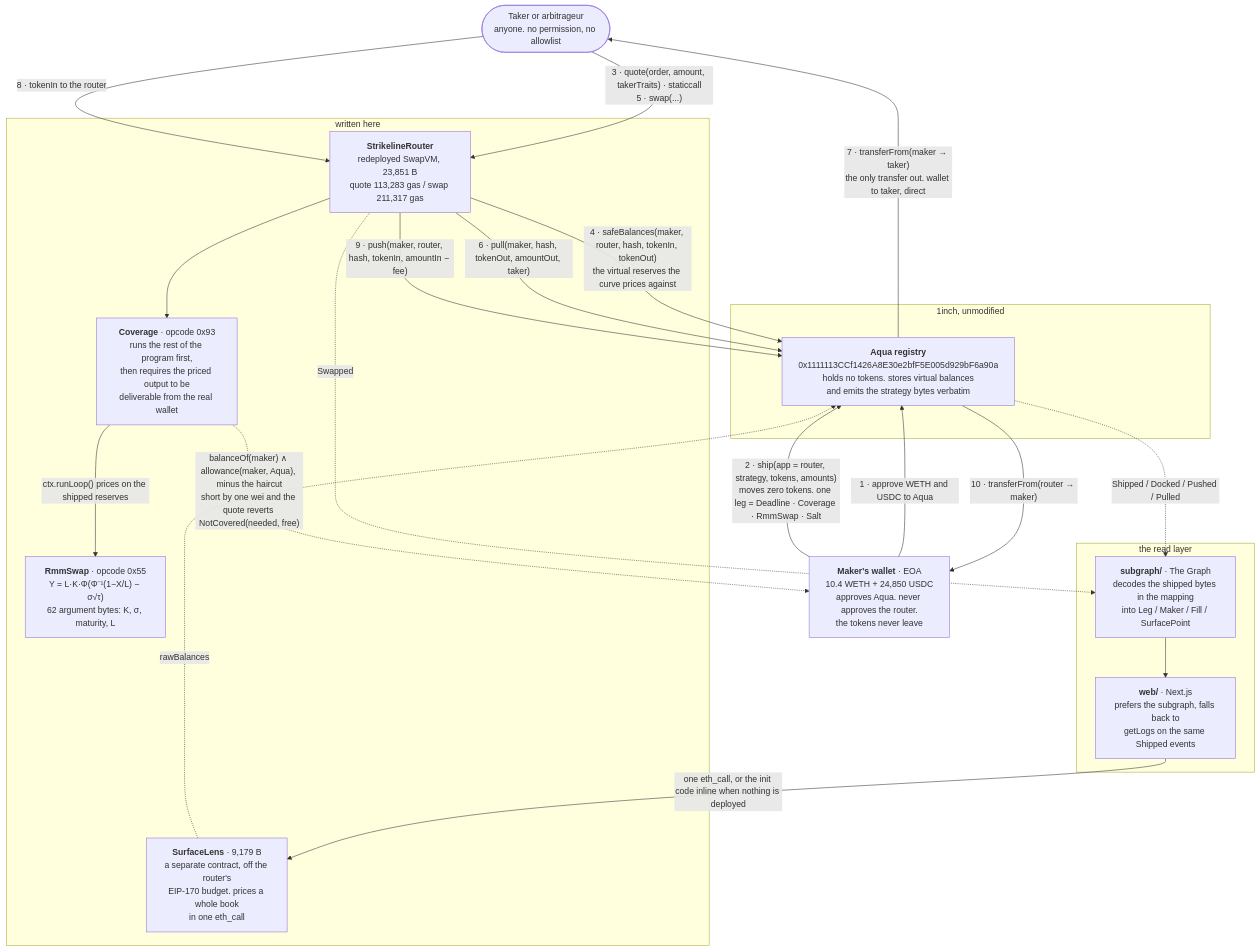
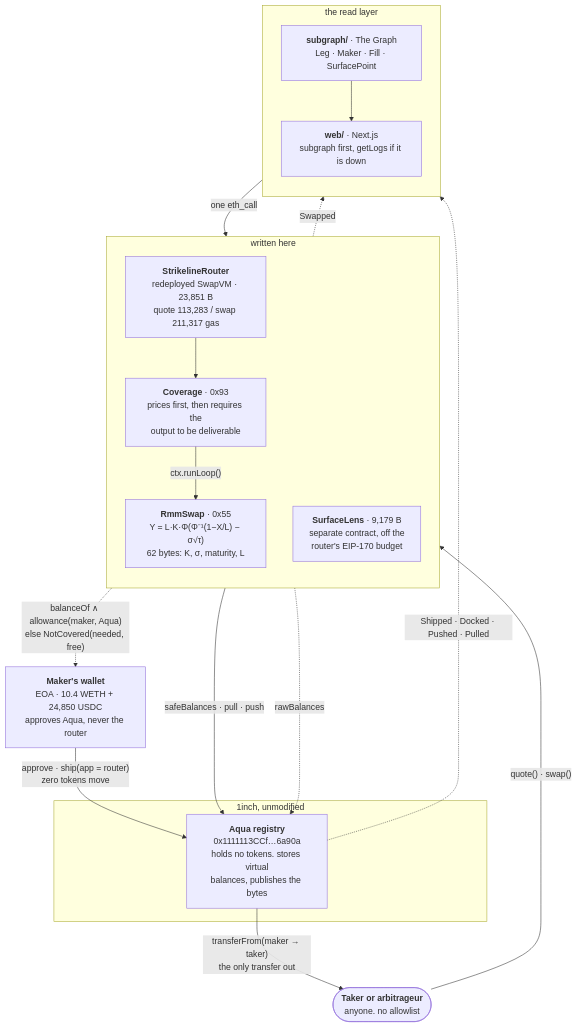
Before and after one commit to Kirillr-Sibirski/aqua-app: the diagram in docs/diagrams/architecture.mmd, drawn with Mermaid. The commit also changed 22 other files, not shown here.

```diff
--- a/docs/diagrams/architecture.mmd
+++ b/docs/diagrams/architecture.mmd
@@ -1,43 +1,37 @@
 %% Strikeline architecture. Source of truth: the fenced block in docs/ARCHITECTURE.md.
-%% Regenerate this file and architecture.svg with the two commands at the bottom of that document.
+%% Regenerate this file and architecture.svg with the two commands at the end of that document.
 flowchart TB
-  taker(["Taker or arbitrageur<br/>anyone. no permission, no allowlist"])
+  wallet["<b>Maker's wallet</b><br/>EOA · 10.4 WETH + 24,850 USDC<br/>approves Aqua, never the router"]
+  taker(["<b>Taker or arbitrageur</b><br/>anyone. no allowlist"])
 
   subgraph ours["written here"]
-    router["<b>StrikelineRouter</b><br/>redeployed SwapVM, 23,851 B<br/>quote 113,283 gas / swap 211,317 gas"]
-    cov["<b>Coverage</b> · opcode 0x93<br/>runs the rest of the program first,<br/>then requires the priced output to be<br/>deliverable from the real wallet"]
-    rmm["<b>RmmSwap</b> · opcode 0x55<br/>Y = L·K·Φ(Φ⁻¹(1−X/L) − σ√τ)<br/>62 argument bytes: K, σ, maturity, L"]
-    lens["<b>SurfaceLens</b> · 9,179 B<br/>a separate contract, off the router's<br/>EIP-170 budget. prices a whole book<br/>in one eth_call"]
+    direction TB
+    router["<b>StrikelineRouter</b><br/>redeployed SwapVM · 23,851 B<br/>quote 113,283 / swap 211,317 gas"]
+    cov["<b>Coverage</b> · 0x93<br/>prices first, then requires the<br/>output to be deliverable"]
+    rmm["<b>RmmSwap</b> · 0x55<br/>Y = L·K·Φ(Φ⁻¹(1−X/L) − σ√τ)<br/>62 bytes: K, σ, maturity, L"]
+    lens["<b>SurfaceLens</b> · 9,179 B<br/>separate contract, off the<br/>router's EIP-170 budget"]
+    router --> cov
+    cov -- "ctx.runLoop()" --> rmm
   end
 
   subgraph inch["1inch, unmodified"]
-    aqua["<b>Aqua registry</b><br/>0x1111113CCf1426A8E30e2bfF5E005d929bF6a90a<br/>holds no tokens. stores virtual balances<br/>and emits the strategy bytes verbatim"]
+    aqua["<b>Aqua registry</b><br/>0x1111113CCf…6a90a<br/>holds no tokens. stores virtual<br/>balances, publishes the bytes"]
   end
 
-  wallet["<b>Maker's wallet</b> · EOA<br/>10.4 WETH + 24,850 USDC<br/>approves Aqua. never approves the router.<br/>the tokens never leave"]
-
   subgraph read["the read layer"]
-    graphnode["<b>subgraph/</b> · The Graph<br/>decodes the shipped bytes in the mapping<br/>into Leg / Maker / Fill / SurfacePoint"]
-    web["<b>web/</b> · Next.js<br/>prefers the subgraph, falls back to<br/>getLogs on the same Shipped events"]
+    direction TB
+    graphnode["<b>subgraph/</b> · The Graph<br/>Leg · Maker · Fill · SurfacePoint"]
+    web["<b>web/</b> · Next.js<br/>subgraph first, getLogs if it is down"]
+    graphnode --> web
   end
 
-  wallet -- "1 · approve WETH and USDC to Aqua" --> aqua
-  wallet -- "2 · ship(app = router, strategy, tokens, amounts)<br/>moves zero tokens. one leg = Deadline · Coverage · RmmSwap · Salt" --> aqua
+  wallet -- "approve · ship(app = router)<br/>zero tokens move" --> aqua
+  taker -- "quote() · swap()" --> router
+  router -- "safeBalances · pull · push" --> aqua
+  cov -. "balanceOf ∧ allowance(maker, Aqua)<br/>else NotCovered(needed, free)" .-> wallet
+  aqua -- "transferFrom(maker → taker)<br/>the only transfer out" --> taker
 
-  taker -- "3 · quote(order, amount, takerTraits) · staticcall<br/>5 · swap(...)" --> router
-  router -- "4 · safeBalances(maker, router, hash, tokenIn, tokenOut)<br/>the virtual reserves the curve prices against" --> aqua
-  router --> cov
-  cov -- "ctx.runLoop() prices on the shipped reserves" --> rmm
-  cov -. "balanceOf(maker) ∧ allowance(maker, Aqua), minus the haircut<br/>short by one wei and the quote reverts NotCovered(needed, free)" .-> wallet
-
-  router -- "6 · pull(maker, hash, tokenOut, amountOut, taker)" --> aqua
-  aqua -- "7 · transferFrom(maker → taker)<br/>the only transfer out. wallet to taker, direct" --> taker
-  taker -- "8 · tokenIn to the router" --> router
-  router -- "9 · push(maker, router, hash, tokenIn, amountIn − fee)" --> aqua
-  aqua -- "10 · transferFrom(router → maker)" --> wallet
-
-  aqua -. "Shipped / Docked / Pushed / Pulled" .-> graphnode
+  aqua -. "Shipped · Docked · Pushed · Pulled" .-> graphnode
   router -. "Swapped" .-> graphnode
-  graphnode --> web
-  web -- "one eth_call, or the init code inline when nothing is deployed" --> lens
+  web -- "one eth_call" --> lens
   lens -. "rawBalances" .-> aqua
```
